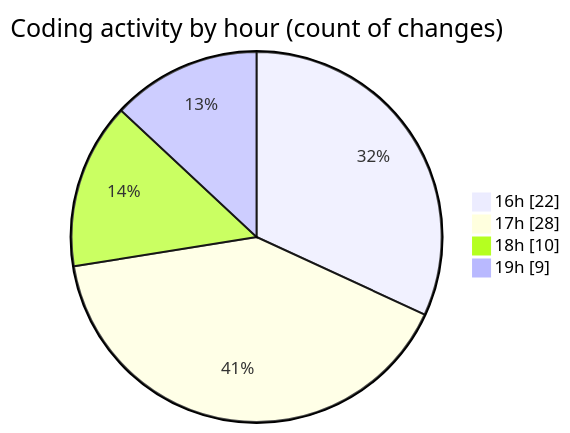
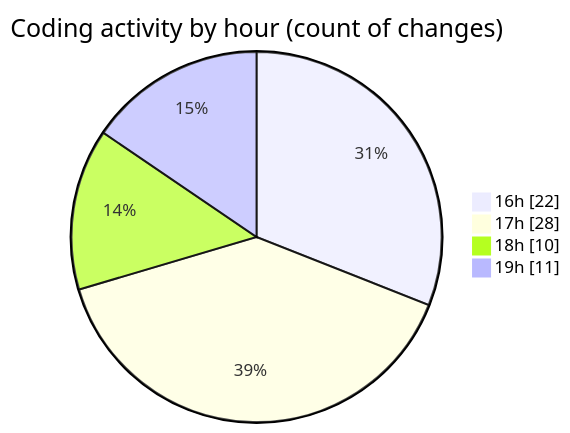
The second of 2 diagrams in 2026-02-17/bot_v1_2/README.md (becaeroporto-bot/code-tracking), drawn with Mermaid before and after one commit. The commit also changed other lines of this file and 1 other file, not shown here.

````diff
--- a/2026-02-17/bot_v1_2/README.md
+++ b/2026-02-17/bot_v1_2/README.md
@@ -52,8 +52,8 @@
 ```mermaid
 pie showData
 title Coding activity by hour (count of changes)
 "16h" : 22
 "17h" : 28
 "18h" : 10
-"19h" : 9
+"19h" : 11
 ```
````
